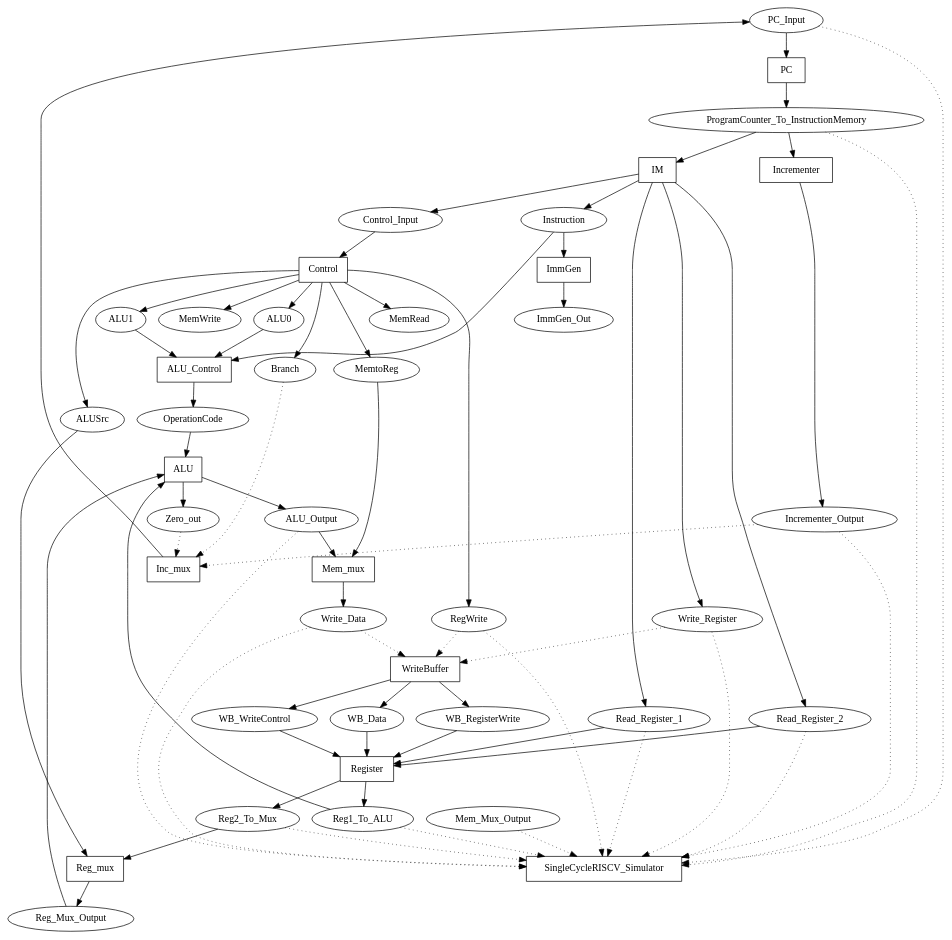
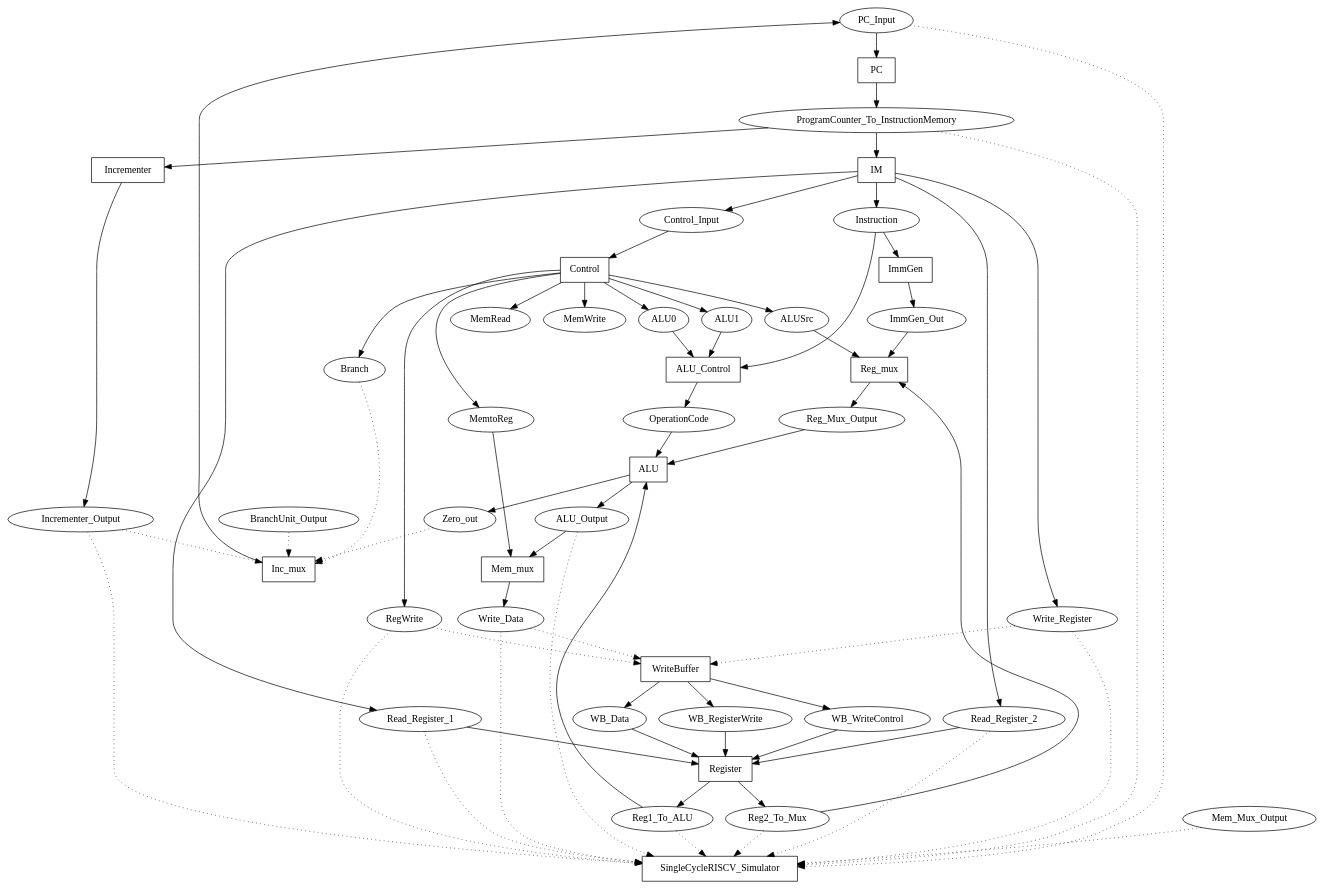
The diagram in SME_Implementations/SingleCycleRISCV/output/network.dot (DanielRamyar/Master_Thesis), drawn with Graphviz before and after one commit. The commit also changed 37 other files, not shown here.

```diff
--- a/SME_Implementations/SingleCycleRISCV/output/network.dot
+++ b/SME_Implementations/SingleCycleRISCV/output/network.dot
@@ -1,108 +1,111 @@
 digraph SingleCycleRISCV {
 "PC_Input" [shape=oval];
 "ProgramCounter_To_InstructionMemory" [shape=oval];
 "Instruction" [shape=oval];
 "Control_Input" [shape=oval];
 "ALU1" [shape=oval];
 "ALU0" [shape=oval];
 "Read_Register_1" [shape=oval];
 "Read_Register_2" [shape=oval];
 "WB_Data" [shape=oval];
 "WB_RegisterWrite" [shape=oval];
 "WB_WriteControl" [shape=oval];
 "OperationCode" [shape=oval];
 "Reg1_To_ALU" [shape=oval];
 "Reg_Mux_Output" [shape=oval];
 "Reg2_To_Mux" [shape=oval];
 "ALUSrc" [shape=oval];
+"ImmGen_Out" [shape=oval];
 "ALU_Output" [shape=oval];
 "MemtoReg" [shape=oval];
 "Incrementer_Output" [shape=oval];
 "Write_Register" [shape=oval];
-"ImmGen_Out" [shape=oval];
 "RegWrite" [shape=oval];
 "MemRead" [shape=oval];
 "MemWrite" [shape=oval];
 "Branch" [shape=oval];
 "Zero_out" [shape=oval];
 "Write_Data" [shape=oval];
 "Mem_Mux_Output" [shape=oval];
+"BranchUnit_Output" [shape=oval];
 "PC" [shape=box];
 "Incrementer" [shape=box];
 "IM" [shape=box];
 "ImmGen" [shape=box];
 "ALU_Control" [shape=box];
 "Control" [shape=box];
 "Register" [shape=box];
 "ALU" [shape=box];
 "Reg_mux" [shape=box];
 "Mem_mux" [shape=box];
 "Inc_mux" [shape=box];
 "WriteBuffer" [shape=box];
 "SingleCycleRISCV_Simulator" [shape=box];
 "PC_Input" -> "PC";
 "ProgramCounter_To_InstructionMemory" -> "Incrementer";
 "ProgramCounter_To_InstructionMemory" -> "IM";
 "Instruction" -> "ImmGen";
 "Instruction" -> "ALU_Control";
 "Control_Input" -> "Control";
 "ALU1" -> "ALU_Control";
 "ALU0" -> "ALU_Control";
 "Read_Register_1" -> "Register";
 "Read_Register_2" -> "Register";
 "WB_Data" -> "Register";
 "WB_RegisterWrite" -> "Register";
 "WB_WriteControl" -> "Register";
 "OperationCode" -> "ALU";
 "Reg1_To_ALU" -> "ALU";
 "Reg_Mux_Output" -> "ALU";
 "Reg2_To_Mux" -> "Reg_mux";
 "ALUSrc" -> "Reg_mux";
+"ImmGen_Out" -> "Reg_mux";
 "ALU_Output" -> "Mem_mux";
 "MemtoReg" -> "Mem_mux";
 "PC" -> "ProgramCounter_To_InstructionMemory";
 "Incrementer" -> "Incrementer_Output";
 "Inc_mux" -> "PC_Input";
 "IM" -> "Read_Register_1";
 "IM" -> "Read_Register_2";
 "IM" -> "Write_Register";
 "IM" -> "Control_Input";
 "IM" -> "Instruction";
 "ImmGen" -> "ImmGen_Out";
 "Control" -> "ALUSrc";
 "Control" -> "MemtoReg";
 "Control" -> "RegWrite";
 "Control" -> "MemRead";
 "Control" -> "MemWrite";
 "Control" -> "Branch";
 "Control" -> "ALU1";
 "Control" -> "ALU0";
 "ALU_Control" -> "OperationCode";
 "Register" -> "Reg1_To_ALU";
 "Register" -> "Reg2_To_Mux";
 "ALU" -> "ALU_Output";
 "ALU" -> "Zero_out";
 "Reg_mux" -> "Reg_Mux_Output";
 "Mem_mux" -> "Write_Data";
 "WriteBuffer" -> "WB_Data";
 "WriteBuffer" -> "WB_RegisterWrite";
 "WriteBuffer" -> "WB_WriteControl";
 "ProgramCounter_To_InstructionMemory" -> "SingleCycleRISCV_Simulator" [style=dotted];
 "PC_Input" -> "SingleCycleRISCV_Simulator" [style=dotted];
 "Incrementer_Output" -> "SingleCycleRISCV_Simulator" [style=dotted];
 "Incrementer_Output" -> "Inc_mux" [style=dotted];
 "Read_Register_1" -> "SingleCycleRISCV_Simulator" [style=dotted];
 "Read_Register_2" -> "SingleCycleRISCV_Simulator" [style=dotted];
 "Write_Register" -> "SingleCycleRISCV_Simulator" [style=dotted];
 "Write_Register" -> "WriteBuffer" [style=dotted];
 "Write_Data" -> "SingleCycleRISCV_Simulator" [style=dotted];
 "Write_Data" -> "WriteBuffer" [style=dotted];
 "RegWrite" -> "SingleCycleRISCV_Simulator" [style=dotted];
 "RegWrite" -> "WriteBuffer" [style=dotted];
 "Reg1_To_ALU" -> "SingleCycleRISCV_Simulator" [style=dotted];
 "Reg2_To_Mux" -> "SingleCycleRISCV_Simulator" [style=dotted];
 "ALU_Output" -> "SingleCycleRISCV_Simulator" [style=dotted];
 "Mem_Mux_Output" -> "SingleCycleRISCV_Simulator" [style=dotted];
 "Zero_out" -> "Inc_mux" [style=dotted];
 "Branch" -> "Inc_mux" [style=dotted];
+"BranchUnit_Output" -> "Inc_mux" [style=dotted];
 }
```
